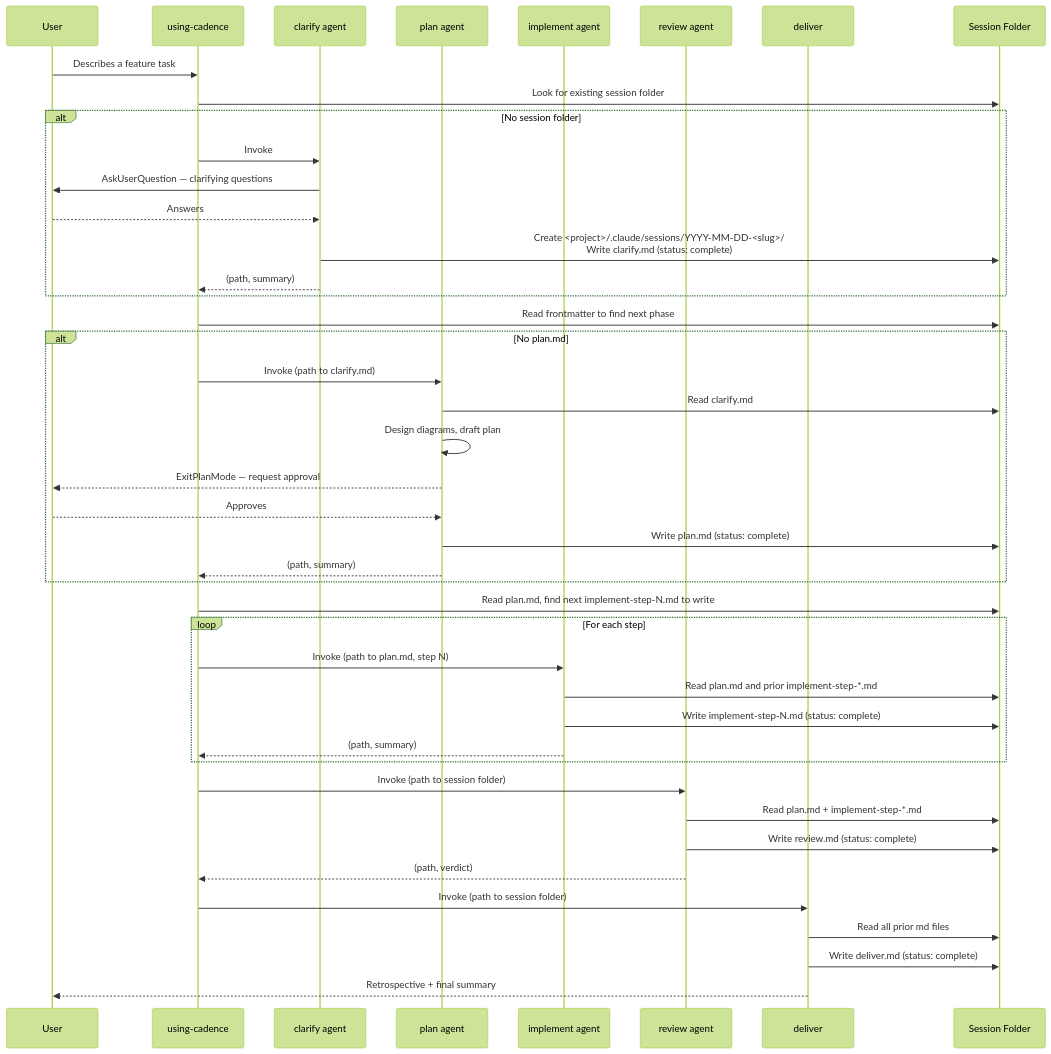
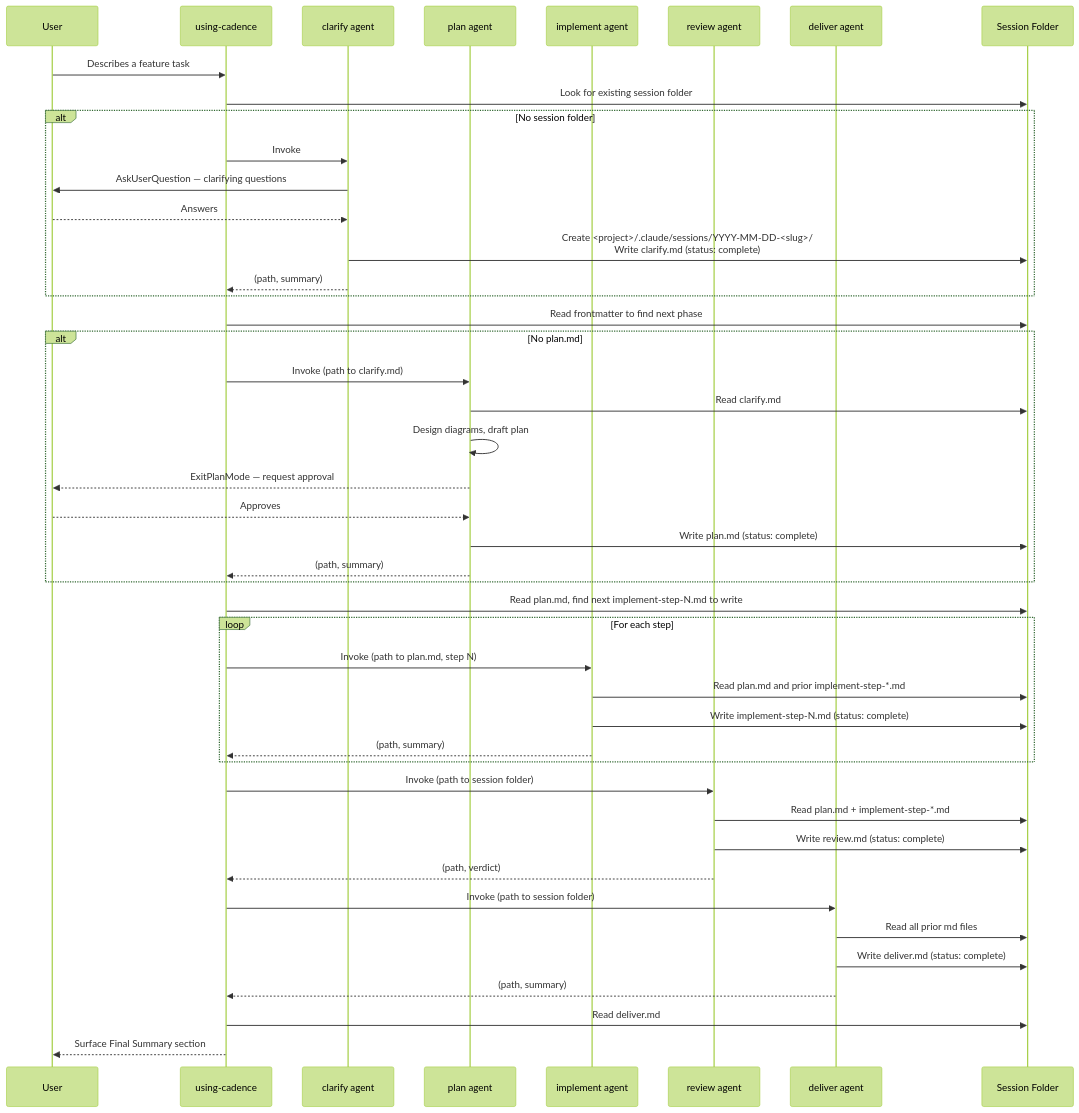
The diagram in plugins/cadence/docs/c4-seq-execution.md (vivaxy/claude-code-plugin-graph-driven-development), drawn with Mermaid (forest theme) before and after one commit. The commit also changed 7 other files, not shown here.

First line of the commit message:
refactor(cadence): convert deliver from skill to agent

````diff
--- a/plugins/cadence/docs/c4-seq-execution.md
+++ b/plugins/cadence/docs/c4-seq-execution.md
@@ -9,50 +9,52 @@
 ```mermaid
 sequenceDiagram
   participant User
   participant Routing as using-cadence
   participant Clarify as clarify agent
   participant Plan as plan agent
   participant Impl as implement agent
   participant Review as review agent
-  participant Deliver as deliver
+  participant Deliver as deliver agent
   participant Folder as Session Folder
 
   User->>Routing: Describes a feature task
   Routing->>Folder: Look for existing session folder
   alt No session folder
     Routing->>Clarify: Invoke
     Clarify->>User: AskUserQuestion — clarifying questions
     User-->>Clarify: Answers
     Clarify->>Folder: Create <project>/.claude/sessions/YYYY-MM-DD-<slug>/<br>Write clarify.md (status: complete)
     Clarify-->>Routing: (path, summary)
   end
 
   Routing->>Folder: Read frontmatter to find next phase
   alt No plan.md
     Routing->>Plan: Invoke (path to clarify.md)
     Plan->>Folder: Read clarify.md
     Plan->>Plan: Design diagrams, draft plan
     Plan-->>User: ExitPlanMode — request approval
     User-->>Plan: Approves
     Plan->>Folder: Write plan.md (status: complete)
     Plan-->>Routing: (path, summary)
   end
 
   Routing->>Folder: Read plan.md, find next implement-step-N.md to write
   loop For each step
     Routing->>Impl: Invoke (path to plan.md, step N)
     Impl->>Folder: Read plan.md and prior implement-step-*.md
     Impl->>Folder: Write implement-step-N.md (status: complete)
     Impl-->>Routing: (path, summary)
   end
 
   Routing->>Review: Invoke (path to session folder)
   Review->>Folder: Read plan.md + implement-step-*.md
   Review->>Folder: Write review.md (status: complete)
   Review-->>Routing: (path, verdict)
 
   Routing->>Deliver: Invoke (path to session folder)
   Deliver->>Folder: Read all prior md files
   Deliver->>Folder: Write deliver.md (status: complete)
-  Deliver-->>User: Retrospective + final summary
+  Deliver-->>Routing: (path, summary)
+  Routing->>Folder: Read deliver.md
+  Routing-->>User: Surface Final Summary section
 ```
````
